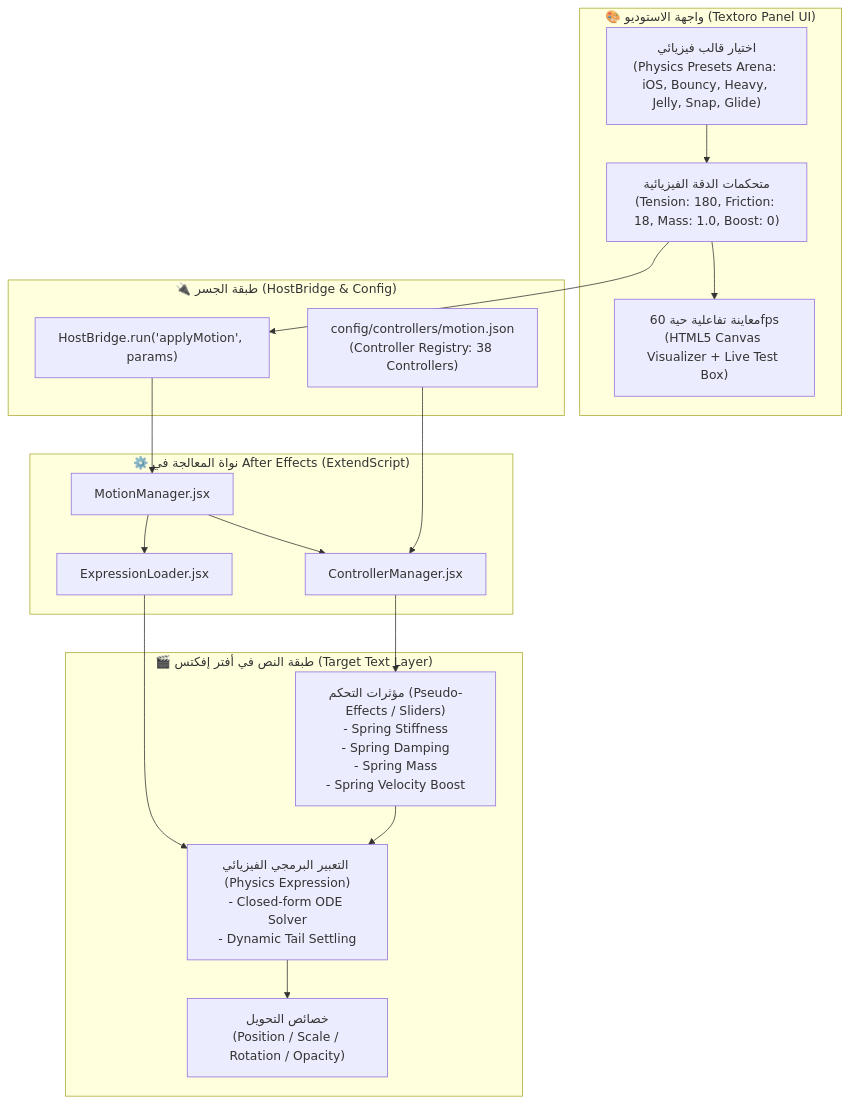
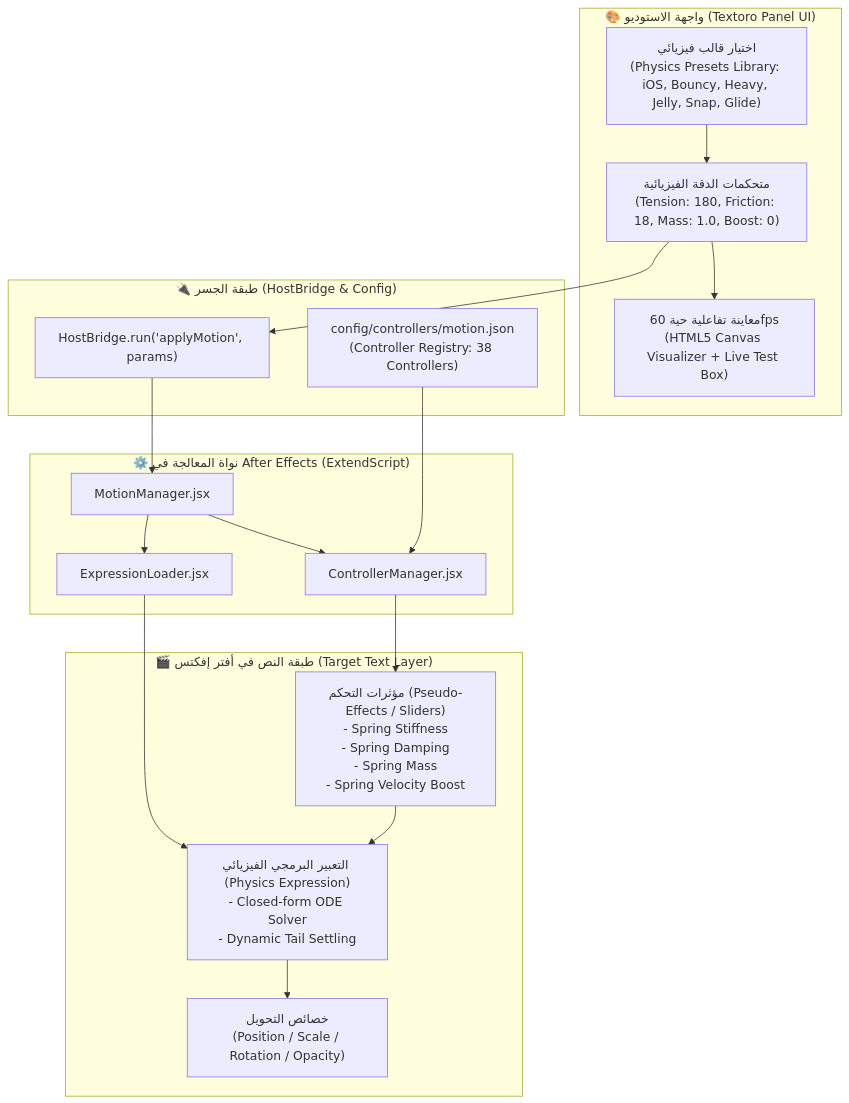
The diagram in ROADMAP_PHYSICS.md (wittybrandcode/TEXTORO), drawn with Mermaid before and after one commit. The commit also changed other lines of this file and 16 other files, not shown here.

Commit message:
refactor(core): systemic purge of legacy jargon, canonical inspector architecture & dom caching

````diff
--- a/ROADMAP_PHYSICS.md
+++ b/ROADMAP_PHYSICS.md
@@ -107,37 +107,37 @@
 ```mermaid
 flowchart TD
     subgraph UI_Panel["🎨 واجهة الاستوديو (Textoro Panel UI)"]
-        UI_Preset["اختيار قالب فيزيائي\n(Physics Presets Arena: iOS, Bouncy, Heavy, Jelly, Snap, Glide)"]
+        UI_Preset["اختيار قالب فيزيائي\n(Physics Presets Library: iOS, Bouncy, Heavy, Jelly, Snap, Glide)"]
         UI_Sliders["متحكمات الدقة الفيزيائية\n(Tension: 180, Friction: 18, Mass: 1.0, Boost: 0)"]
         UI_Canvas["معاينة تفاعلية حية 60fps\n(HTML5 Canvas Visualizer + Live Test Box)"]
     end
 
     subgraph HostBridge_Layer["🔌 طبقة الجسر (HostBridge & Config)"]
         HB["HostBridge.run('applyMotion', params)"]
         REG["config/controllers/motion.json\n(Controller Registry: 38 Controllers)"]
     end
 
     subgraph AE_Host_Managers["⚙️ نواة المعالجة في After Effects (ExtendScript)"]
         MM["MotionManager.jsx"]
         CM["ControllerManager.jsx"]
         EL["ExpressionLoader.jsx"]
     end
 
     subgraph AE_Layer["🎬 طبقة النص في أفتر إفكتس (Target Text Layer)"]
         CTRLS["مؤثرات التحكم (Pseudo-Effects / Sliders)\n- Spring Stiffness\n- Spring Damping\n- Spring Mass\n- Spring Velocity Boost"]
         EXP["التعبير البرمجي الفيزيائي (Physics Expression)\n- Closed-form ODE Solver\n- Dynamic Tail Settling"]
         TRANS["خصائص التحويل\n(Position / Scale / Rotation / Opacity)"]
     end
 
     UI_Preset --> UI_Sliders
     UI_Sliders --> UI_Canvas
     UI_Sliders --> HB
     HB --> MM
     REG --> CM
     MM --> CM
     CM --> CTRLS
     MM --> EL
     EL --> EXP
     CTRLS --> EXP
     EXP --> TRANS
 ```
````
